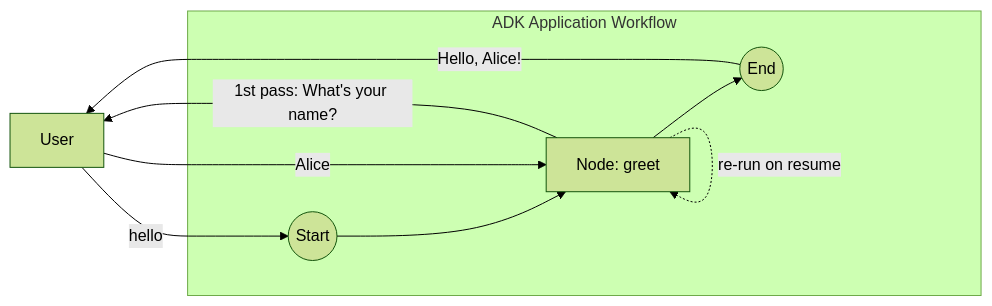
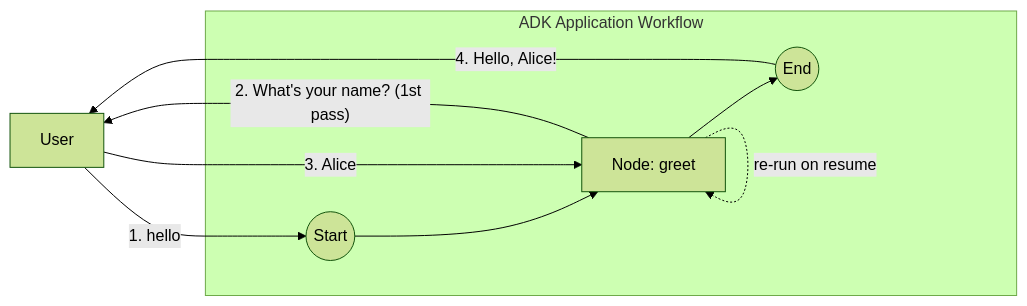
The diagram in examples/workflow/hitl_rerun/README.md (google/adk-go), drawn with Mermaid (forest theme) before and after one commit. The commit also changed other lines of this file, not shown here.

Commit message:
docs(examples/workflow): number the user/app exchange in hitl_rerun diagram
The single-node re-entry flow was easy to misread. Number the four
user <-> application edges in order and tie the prose to them, making
clear the re-run happens between steps 3 and 4.

````diff
--- a/examples/workflow/hitl_rerun/README.md
+++ b/examples/workflow/hitl_rerun/README.md
@@ -19,13 +19,13 @@
 ```mermaid
 graph LR
     User[User]
     subgraph "ADK Application Workflow"
         Start((Start)) --> G[Node: greet]
         G -.->|"re-run on resume"| G
         G --> End((End))
     end
-    User -- "hello" --> Start
-    G -- "1st pass: What's your name?" --> User
-    User -- "Alice" --> G
-    End -- "Hello, Alice!" --> User
+    User -- "1. hello" --> Start
+    G -- "2. What's your name? (1st pass)" --> User
+    User -- "3. Alice" --> G
+    End -- "4. Hello, Alice!" --> User
 ```
````
